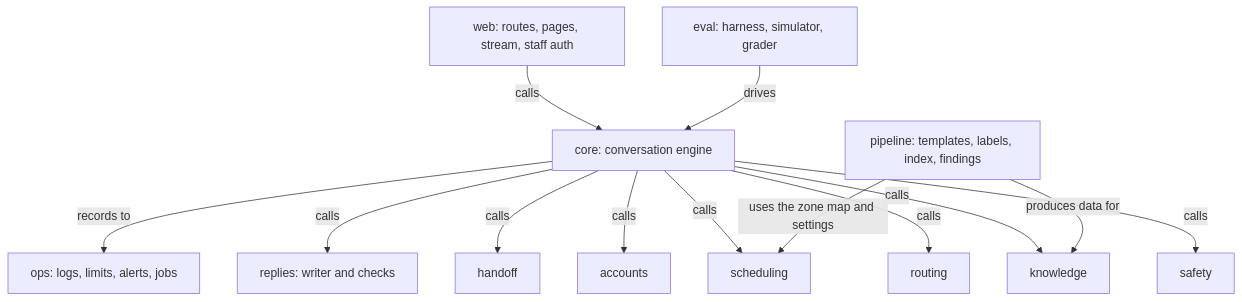
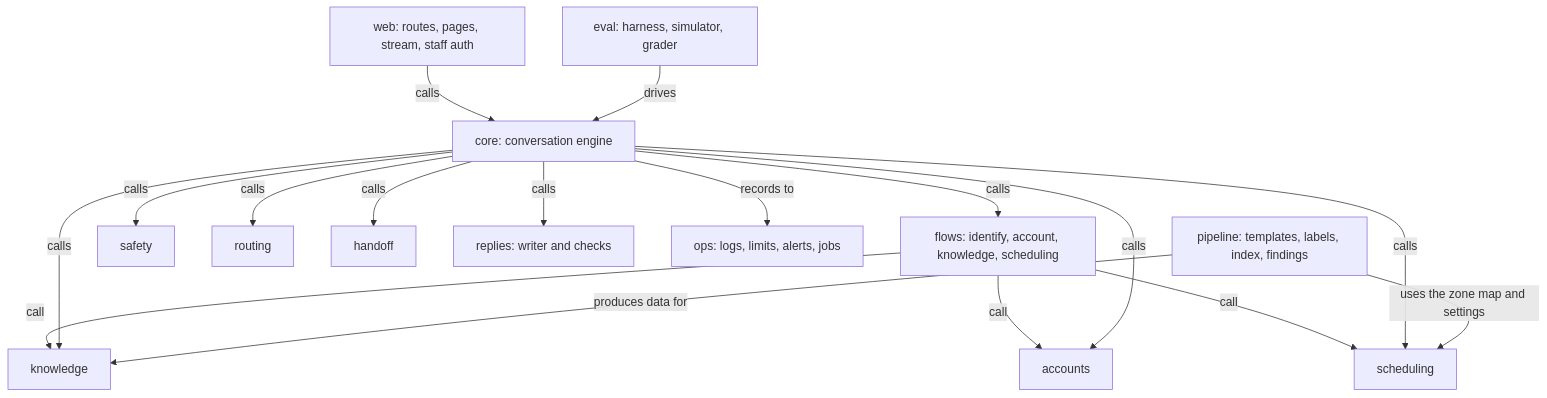
Before and after one commit to lucycchi/AI_Call_Center_Agent: diagram 21 of 21 in docs/ARCHITECTURE.md, drawn with Mermaid. The commit also changed other lines of this file and 29 other files, not shown here.

````diff
--- a/docs/ARCHITECTURE.md
+++ b/docs/ARCHITECTURE.md
@@ -682,15 +689,19 @@
 ```mermaid
 flowchart TB
     WEB["web: routes, pages, stream, staff auth"] -->|"calls"| CORE["core: conversation engine"]
+    CORE -->|"calls"| FLOWS["flows: identify, account, knowledge, scheduling"]
+    FLOWS -->|"call"| KNOW
+    FLOWS -->|"call"| ACCT
+    FLOWS -->|"call"| SCHED
     CORE -->|"calls"| SAFE["safety"]
     CORE -->|"calls"| ROUTE["routing"]
     CORE -->|"calls"| KNOW["knowledge"]
     CORE -->|"calls"| ACCT["accounts"]
     CORE -->|"calls"| SCHED["scheduling"]
     CORE -->|"calls"| HAND["handoff"]
     CORE -->|"calls"| REPLY["replies: writer and checks"]
     CORE -->|"records to"| OPS["ops: logs, limits, alerts, jobs"]
     EVAL["eval: harness, simulator, grader"] -->|"drives"| CORE
     PIPE["pipeline: templates, labels, index, findings"] -->|"produces data for"| KNOW
     PIPE -->|"uses the zone map and settings"| SCHED
 ```
````
